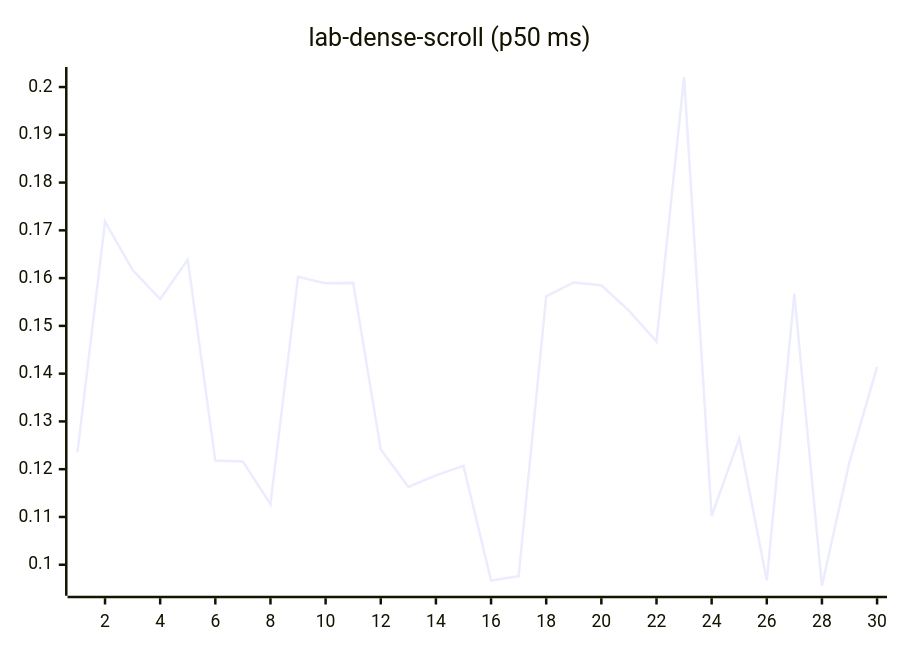
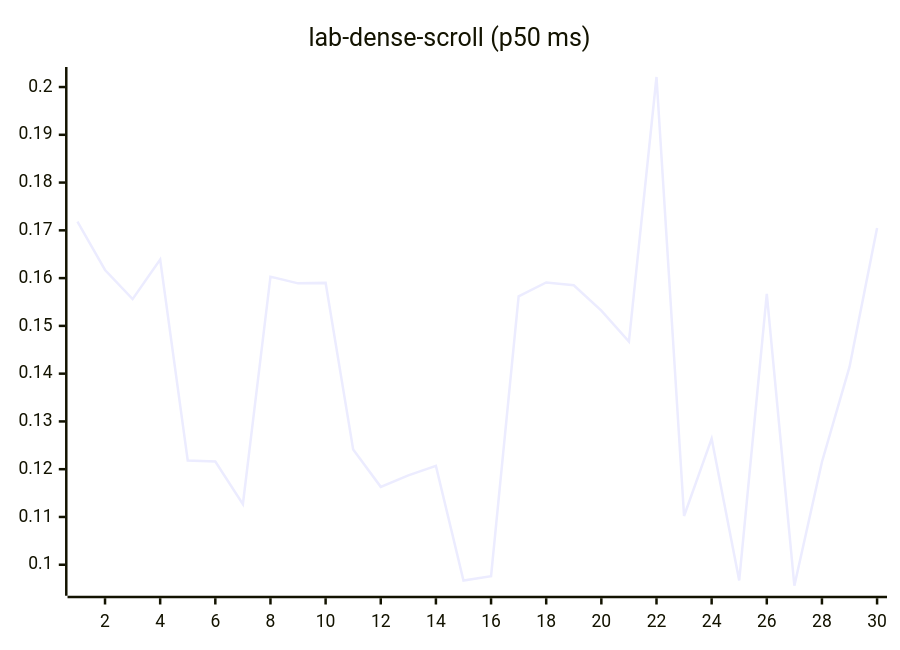
One commit to josha/Facet changed diagram 12 of 27 in README.md. Above: the diagram before and after it, drawn with Mermaid. The commit also changed other lines of this file and 2 other files, not shown here.

````diff
--- a/README.md
+++ b/README.md
@@ -140,6 +140,6 @@
 ```mermaid
 xychart-beta
     title "lab-dense-scroll (p50 ms)"
     x-axis 1 --> 30
-    line [0.1235, 0.1718, 0.1617, 0.1556, 0.1639, 0.1218, 0.1216, 0.1127, 0.1603, 0.1589, 0.1590, 0.1241, 0.1163, 0.1187, 0.1207, 0.0967, 0.0976, 0.1562, 0.1591, 0.1585, 0.1532, 0.1467, 0.2021, 0.1102, 0.1264, 0.0967, 0.1567, 0.0956, 0.1215, 0.1414]
+    line [0.1718, 0.1617, 0.1556, 0.1639, 0.1218, 0.1216, 0.1127, 0.1603, 0.1589, 0.1590, 0.1241, 0.1163, 0.1187, 0.1207, 0.0967, 0.0976, 0.1562, 0.1591, 0.1585, 0.1532, 0.1467, 0.2021, 0.1102, 0.1264, 0.0967, 0.1567, 0.0956, 0.1215, 0.1414, 0.1705]
 ```
````
